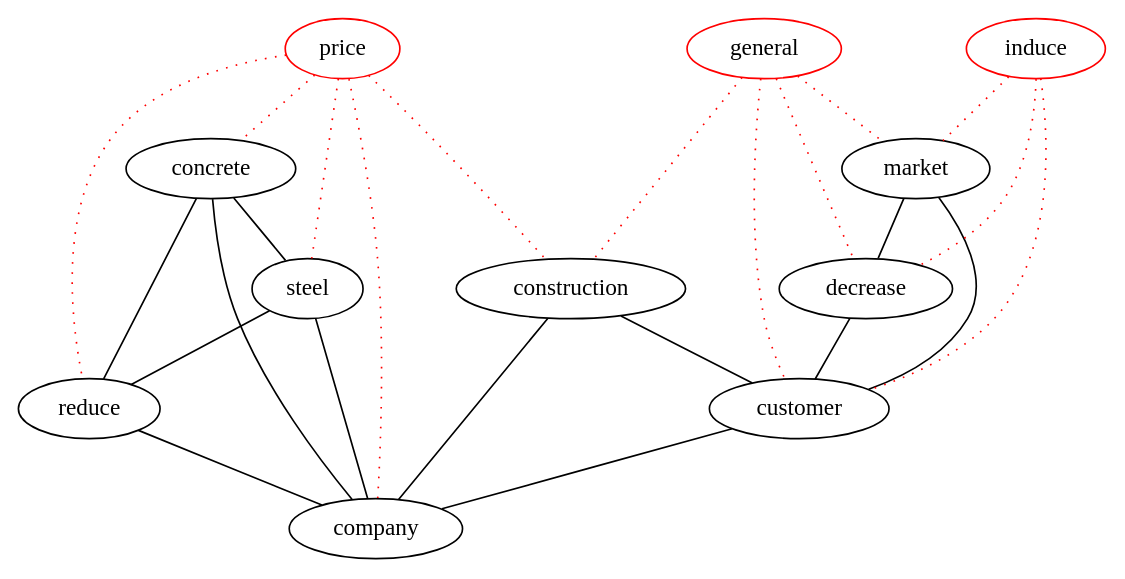
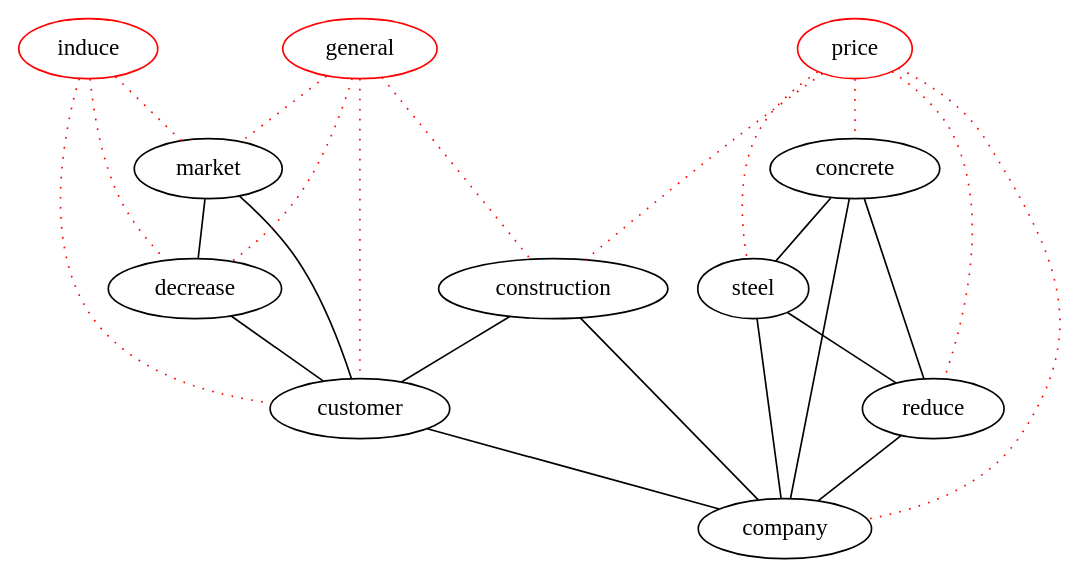
One commit to michaelweiss/keygraph changed the diagram in dot/d2.dot. Above: the diagram before and after it, drawn with Graphviz. The commit also changed other lines of this file and 2 other files, not shown here.

```diff
--- a/dot/d2.dot
+++ b/dot/d2.dot
@@ -1,38 +1,38 @@
 graph keygraph {
 graph [size="10,10"]
-reduce [color="black"]
-construction [color="black"]
-steel [color="black"]
+decrease [color="black"]
 customer [color="black"]
 market [color="black"]
-decrease [color="black"]
+construction [color="black"]
 company [color="black"]
+steel [color="black"]
+reduce [color="black"]
 concrete [color="black"]
+general [color="red"]
 price [color="red"]
 induce [color="red"]
-general [color="red"]
 construction--customer
 construction--company
 concrete--reduce
 steel--reduce
 customer--company
 market--decrease
 market--customer
 decrease--customer
 concrete--steel
 concrete--company
 steel--company
 reduce--company
+induce--decrease [color="red", style="dotted"]
 induce--customer [color="red", style="dotted"]
 induce--market [color="red", style="dotted"]
-induce--decrease [color="red", style="dotted"]
-general--construction [color="red", style="dotted"]
+general--decrease [color="red", style="dotted"]
 general--customer [color="red", style="dotted"]
 general--market [color="red", style="dotted"]
-general--decrease [color="red", style="dotted"]
+general--construction [color="red", style="dotted"]
+price--construction [color="red", style="dotted"]
+price--company [color="red", style="dotted"]
+price--steel [color="red", style="dotted"]
 price--reduce [color="red", style="dotted"]
-price--construction [color="red", style="dotted"]
-price--steel [color="red", style="dotted"]
-price--company [color="red", style="dotted"]
 price--concrete [color="red", style="dotted"]
 }
```
